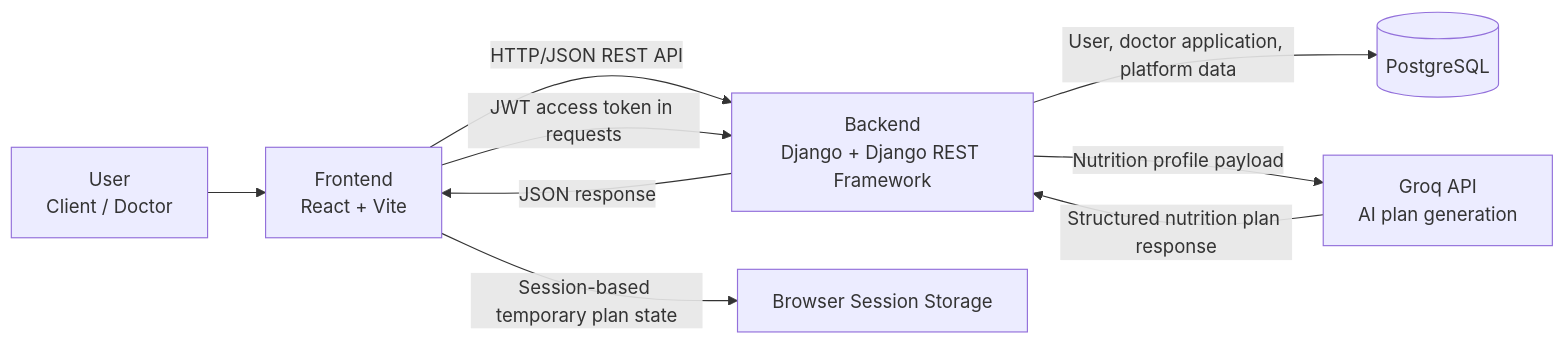
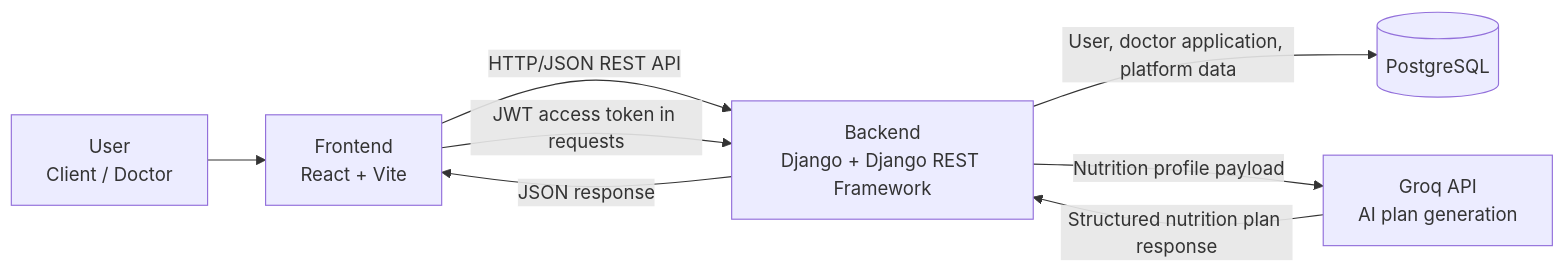
One commit to aliabdullah1215/holbertonschool-portfolio_project changed the first of 11 diagrams in Technical Documentation.md. Above: the diagram before and after it, drawn with Mermaid. The commit also changed other lines of this file, not shown here.

````diff
--- a/Technical Documentation.md
+++ b/Technical Documentation.md
@@ -118,15 +71,14 @@
 ```mermaid
 flowchart LR
     U[User<br/>Client / Doctor] --> FE[Frontend<br/>React + Vite]
 
     FE -->|HTTP/JSON REST API| BE[Backend<br/>Django + Django REST Framework]
     FE -->|JWT access token in requests| BE
 
     BE -->|User, doctor application, platform data| DB[(PostgreSQL)]
     BE -->|Nutrition profile payload| GROQ[Groq API<br/>AI plan generation]
 
     GROQ -->|Structured nutrition plan response| BE
     BE -->|JSON response| FE
 
-    FE -->|Session-based temporary plan state| SS[Browser Session Storage]
 ```
````
